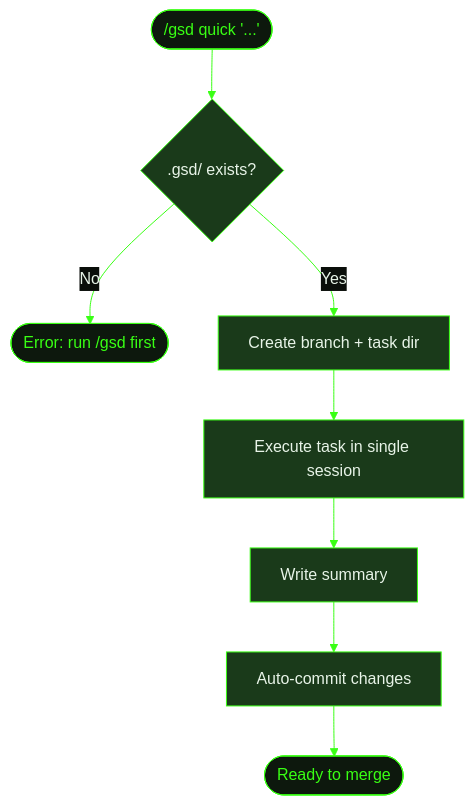
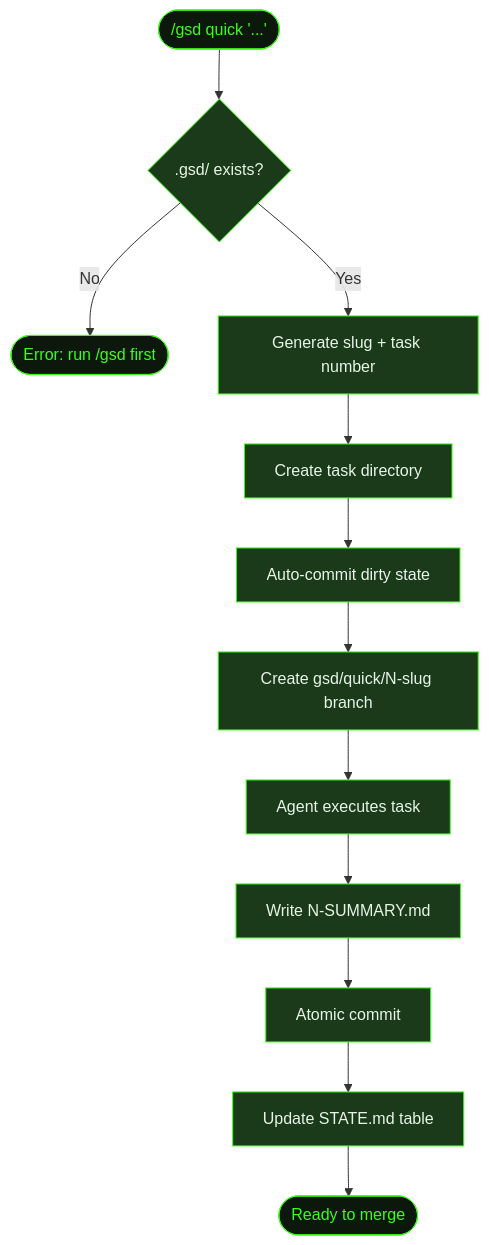
The diagram in src/content/docs/recipes/small-change.mdx (shusha-group/gsd2-guide), drawn with Mermaid before and after one commit. The commit also changed other lines of this file and 49 other files, not shown here.

````diff
--- a/src/content/docs/recipes/small-change.mdx
+++ b/src/content/docs/recipes/small-change.mdx
@@ -98,20 +42,27 @@
 ```mermaid
-%%{init: {'theme': 'base', 'themeVariables': {'primaryColor': '#1a3a1a', 'primaryTextColor': '#e8f4e8', 'primaryBorderColor': '#39ff14', 'lineColor': '#39ff14', 'secondaryColor': '#0d180d', 'tertiaryColor': '#0d180d', 'background': '#0a0e0a', 'mainBkg': '#1a3a1a', 'nodeBorder': '#39ff14', 'clusterBkg': '#0d180d', 'titleColor': '#39ff14', 'edgeLabelBackground': '#0a0e0a'}}}%%
 flowchart TD
     Start(["/gsd quick '...'"]) --> Validate{.gsd/ exists?}
     Validate -->|No| Fail([Error: run /gsd first])
-    Validate -->|Yes| Branch[Create branch + task dir]
-    Branch --> Execute[Execute task in single session]
-    Execute --> Summary[Write summary]
-    Summary --> Commit[Auto-commit changes]
-    Commit --> Done([Ready to merge])
+    Validate -->|Yes| Slug[Generate slug + task number]
+    Slug --> TaskDir[Create task directory]
+    TaskDir --> AutoCommit[Auto-commit dirty state]
+    AutoCommit --> Branch[Create gsd/quick/N-slug branch]
+    Branch --> Execute[Agent executes task]
+    Execute --> Summary[Write N-SUMMARY.md]
+    Summary --> Commit[Atomic commit]
+    Commit --> State[Update STATE.md table]
+    State --> Done([Ready to merge])
 
     style Start fill:#0d180d,stroke:#39ff14,color:#39ff14
+    style Fail fill:#0d180d,stroke:#39ff14,color:#39ff14
+    style Done fill:#0d180d,stroke:#39ff14,color:#39ff14
     style Validate fill:#1a3a1a,stroke:#39ff14,color:#e8f4e8
-    style Fail fill:#0d180d,stroke:#39ff14,color:#39ff14
+    style Slug fill:#1a3a1a,stroke:#39ff14,color:#e8f4e8
+    style TaskDir fill:#1a3a1a,stroke:#39ff14,color:#e8f4e8
+    style AutoCommit fill:#1a3a1a,stroke:#39ff14,color:#e8f4e8
     style Branch fill:#1a3a1a,stroke:#39ff14,color:#e8f4e8
     style Execute fill:#1a3a1a,stroke:#39ff14,color:#e8f4e8
     style Summary fill:#1a3a1a,stroke:#39ff14,color:#e8f4e8
     style Commit fill:#1a3a1a,stroke:#39ff14,color:#e8f4e8
-    style Done fill:#0d180d,stroke:#39ff14,color:#39ff14
+    style State fill:#1a3a1a,stroke:#39ff14,color:#e8f4e8
 ```
````
